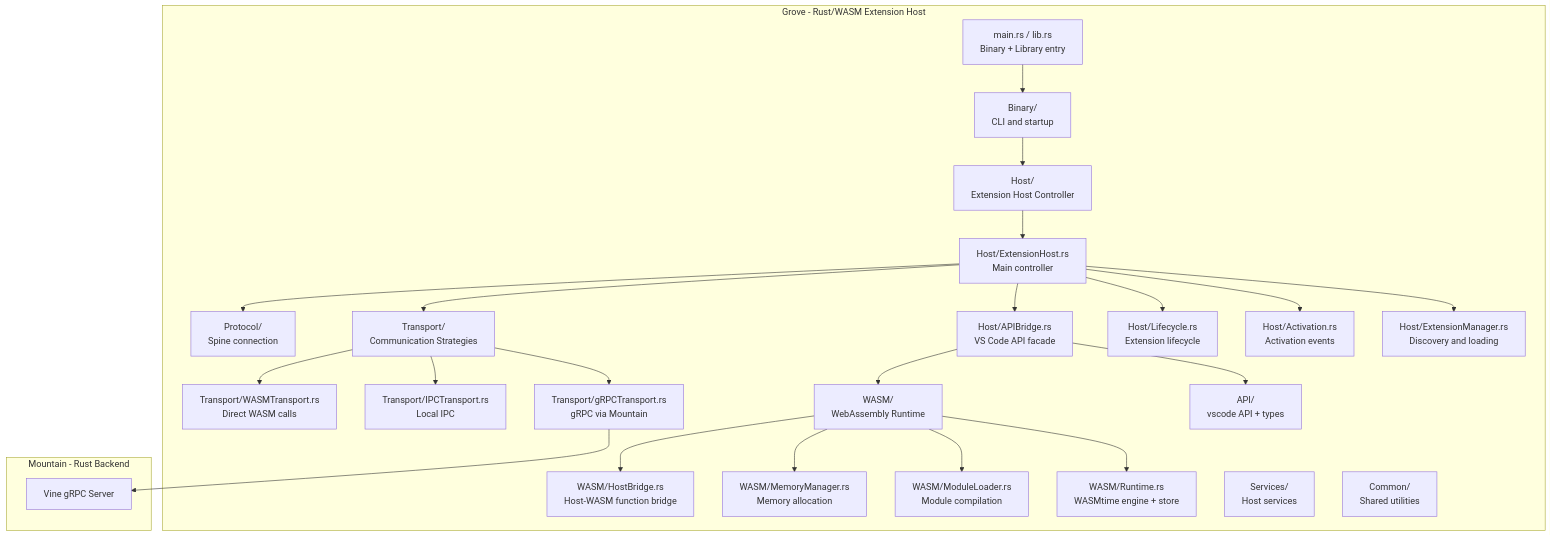
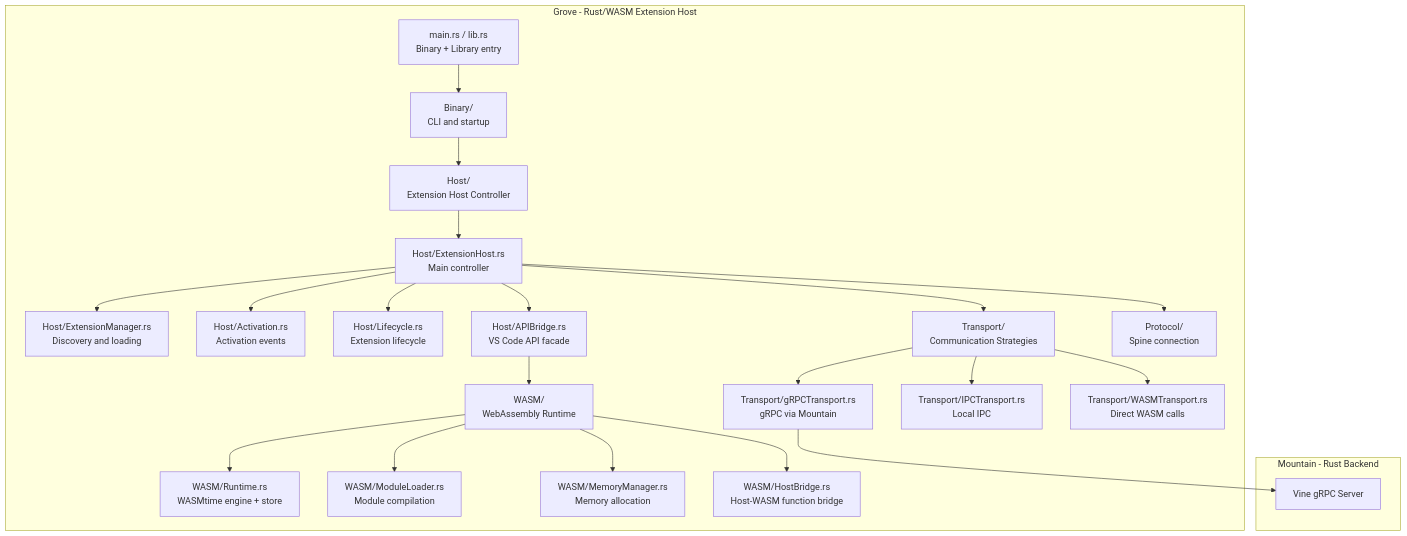
The first of 2 diagrams in Documentation/GitHub/DeepDive.md (CodeEditorLand/Grove), drawn with Mermaid before and after one commit. The commit also changed other lines of this file and 2 other files, not shown here.

First line of the commit message:
docs(Grove): Remove deprecated API and proto references from architecture docs

````diff
--- a/Documentation/GitHub/DeepDive.md
+++ b/Documentation/GitHub/DeepDive.md
@@ -17,50 +17,46 @@
 ```mermaid
 graph TB
     subgraph "Grove - Rust/WASM Extension Host"
         Main["main.rs / lib.rs\nBinary + Library entry"]
         Binary["Binary/\nCLI and startup"]
         Host["Host/\nExtension Host Controller"]
         ExtHost["Host/ExtensionHost.rs\nMain controller"]
         ExtMgr["Host/ExtensionManager.rs\nDiscovery and loading"]
         Activation["Host/Activation.rs\nActivation events"]
         Lifecycle["Host/Lifecycle.rs\nExtension lifecycle"]
         APIBridge["Host/APIBridge.rs\nVS Code API facade"]
         WASM["WASM/\nWebAssembly Runtime"]
         Runtime["WASM/Runtime.rs\nWASMtime engine + store"]
         ModuleLoader["WASM/ModuleLoader.rs\nModule compilation"]
         MemoryMgr["WASM/MemoryManager.rs\nMemory allocation"]
         HostBridge["WASM/HostBridge.rs\nHost-WASM function bridge"]
         Transport["Transport/\nCommunication Strategies"]
         GRPCTransport["Transport/gRPCTransport.rs\ngRPC via Mountain"]
         IPCTransport["Transport/IPCTransport.rs\nLocal IPC"]
         WASMTransport["Transport/WASMTransport.rs\nDirect WASM calls"]
-        API["API/\nvscode API + types"]
         Protocol["Protocol/\nSpine connection"]
-        Services["Services/\nHost services"]
-        Common["Common/\nShared utilities"]
     end
 
     subgraph "Mountain - Rust Backend"
         VineGRPC["Vine gRPC Server"]
     end
 
     Main --> Binary
     Binary --> Host
     Host --> ExtHost
     ExtHost --> ExtMgr
     ExtHost --> Activation
     ExtHost --> Lifecycle
     ExtHost --> APIBridge
-    APIBridge --> API
     APIBridge --> WASM
     WASM --> Runtime
     WASM --> ModuleLoader
     WASM --> MemoryMgr
     WASM --> HostBridge
     ExtHost --> Transport
     Transport --> GRPCTransport
     Transport --> IPCTransport
     Transport --> WASMTransport
     ExtHost --> Protocol
     GRPCTransport --> VineGRPC
 ```
````
